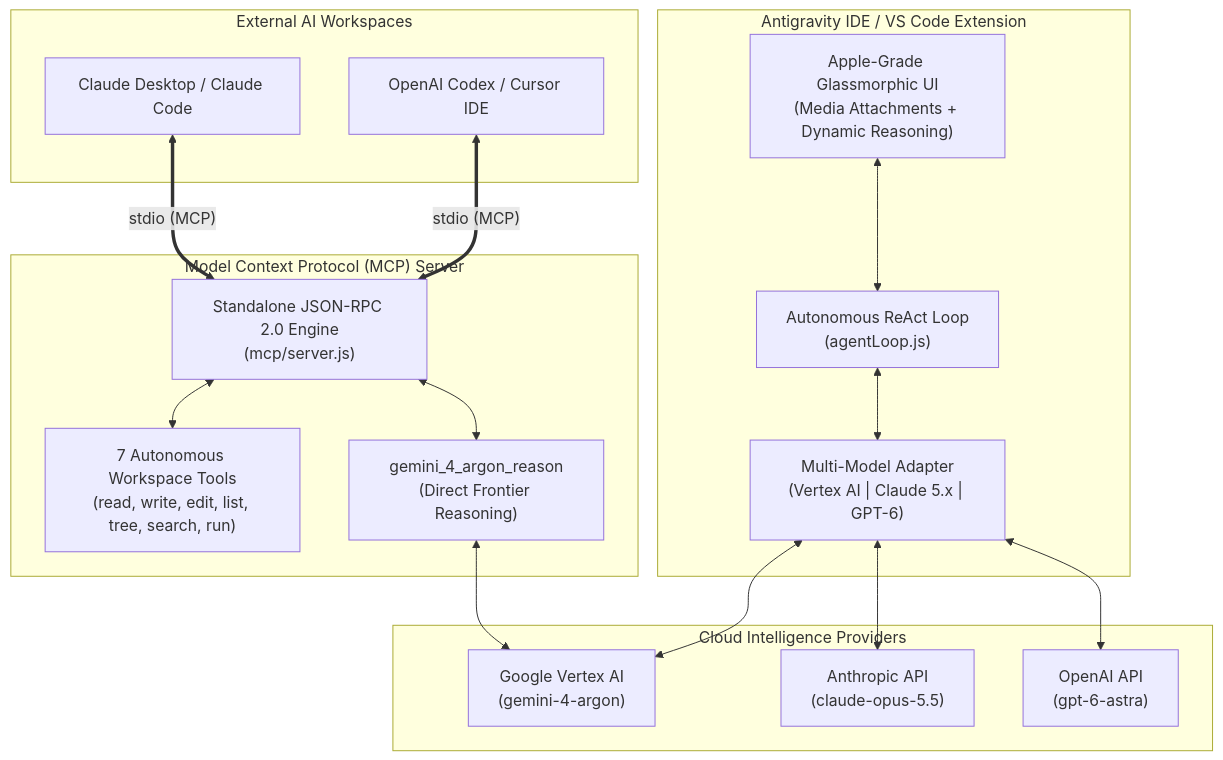
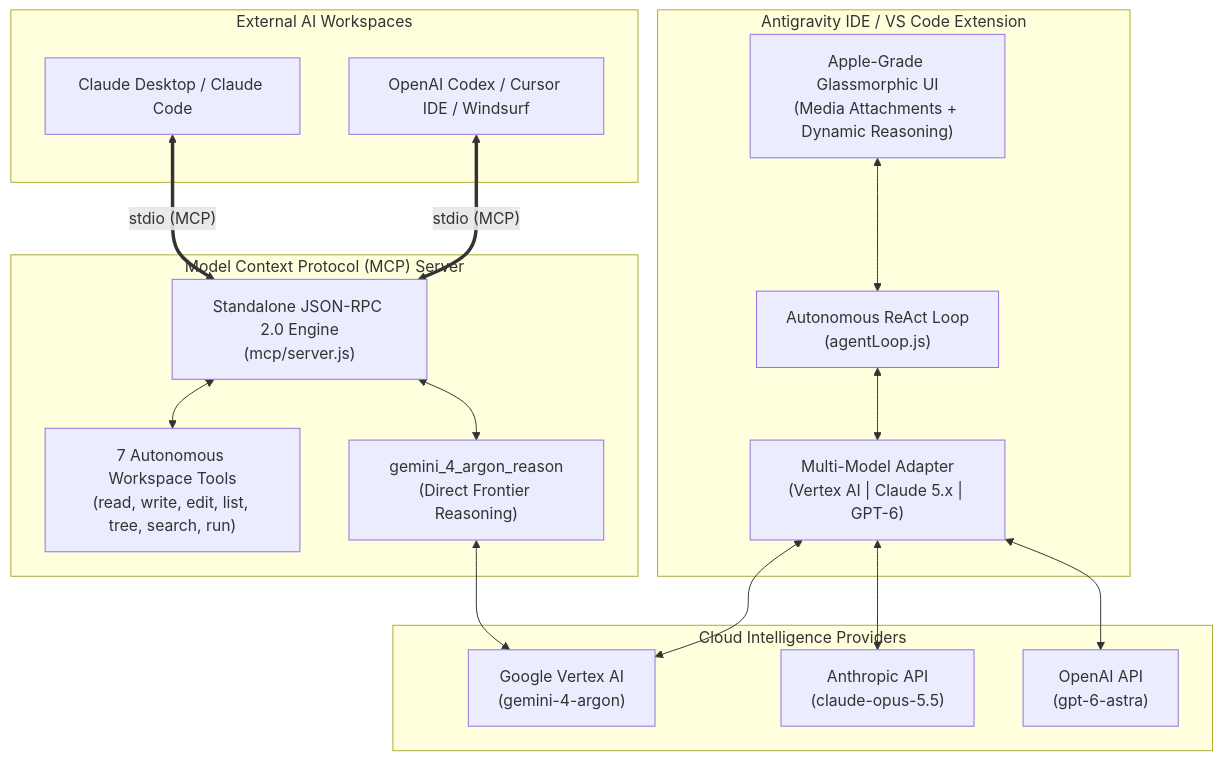
The diagram in lucknexa.gemini-4-argon-1.0.0/README.md (ffzlucky7-coder/gemini-4-argon), drawn with Mermaid before and after one commit. The commit also changed other lines of this file and 3 other files, not shown here.

````diff
--- a/lucknexa.gemini-4-argon-1.0.0/README.md
+++ b/lucknexa.gemini-4-argon-1.0.0/README.md
@@ -41,35 +38,35 @@
 ```mermaid
 flowchart TD
     subgraph IDE_Extension ["Antigravity IDE / VS Code Extension"]
         Webview["Apple-Grade Glassmorphic UI\n(Media Attachments + Dynamic Reasoning)"]
         AgentLoop["Autonomous ReAct Loop\n(agentLoop.js)"]
         Provider["Multi-Model Adapter\n(Vertex AI | Claude 5.x | GPT-6)"]
         Webview <--> AgentLoop
         AgentLoop <--> Provider
     end
 
     subgraph MCP_Layer ["Model Context Protocol (MCP) Server"]
         MCPEngine["Standalone JSON-RPC 2.0 Engine\n(mcp/server.js)"]
         WorkspaceTools["7 Autonomous Workspace Tools\n(read, write, edit, list, tree, search, run)"]
         ArgonTool["gemini_4_argon_reason\n(Direct Frontier Reasoning)"]
         MCPEngine <--> WorkspaceTools
         MCPEngine <--> ArgonTool
     end
 
     subgraph External_Clients ["External AI Workspaces"]
         ClaudeDesk["Claude Desktop / Claude Code"]
-        CodexCursor["OpenAI Codex / Cursor IDE"]
+        CodexCursor["OpenAI Codex / Cursor IDE / Windsurf"]
         ClaudeDesk <== "stdio (MCP)" ==> MCPEngine
         CodexCursor <== "stdio (MCP)" ==> MCPEngine
     end
 
     subgraph Cloud_AI ["Cloud Intelligence Providers"]
         VertexCloud["Google Vertex AI\n(gemini-4-argon)"]
         AnthropicCloud["Anthropic API\n(claude-opus-5.5)"]
         OpenAICloud["OpenAI API\n(gpt-6-astra)"]
         Provider <--> VertexCloud
         Provider <--> AnthropicCloud
         Provider <--> OpenAICloud
         ArgonTool <--> VertexCloud
     end
 ```
````
